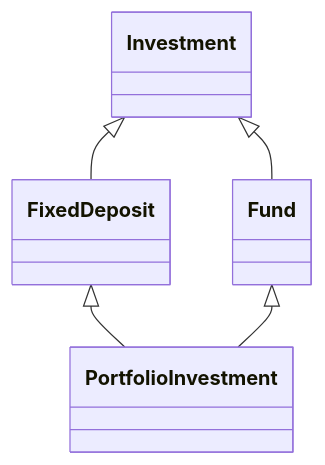
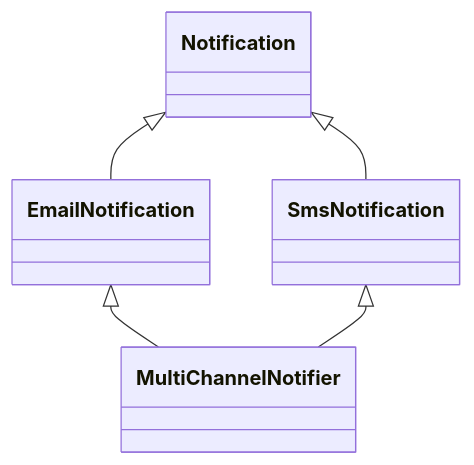
Before and after one commit to hughxusu/lesson-py: the second of 3 diagrams in docs/c-class/3-特性.md, drawn with Mermaid. The commit also changed other lines of this file and 8 other files, not shown here.

````diff
--- a/docs/c-class/3-特性.md
+++ b/docs/c-class/3-特性.md
@@ -197,7 +277,7 @@
 ```mermaid
 classDiagram
-    Investment <|-- FixedDeposit
-    Investment <|-- Fund
-    FixedDeposit <|-- PortfolioInvestment
-    Fund <|-- PortfolioInvestment
+    Notification <|-- EmailNotification
+    Notification <|-- SmsNotification
+    EmailNotification <|-- MultiChannelNotifier
+    SmsNotification <|-- MultiChannelNotifier
 ```
````
